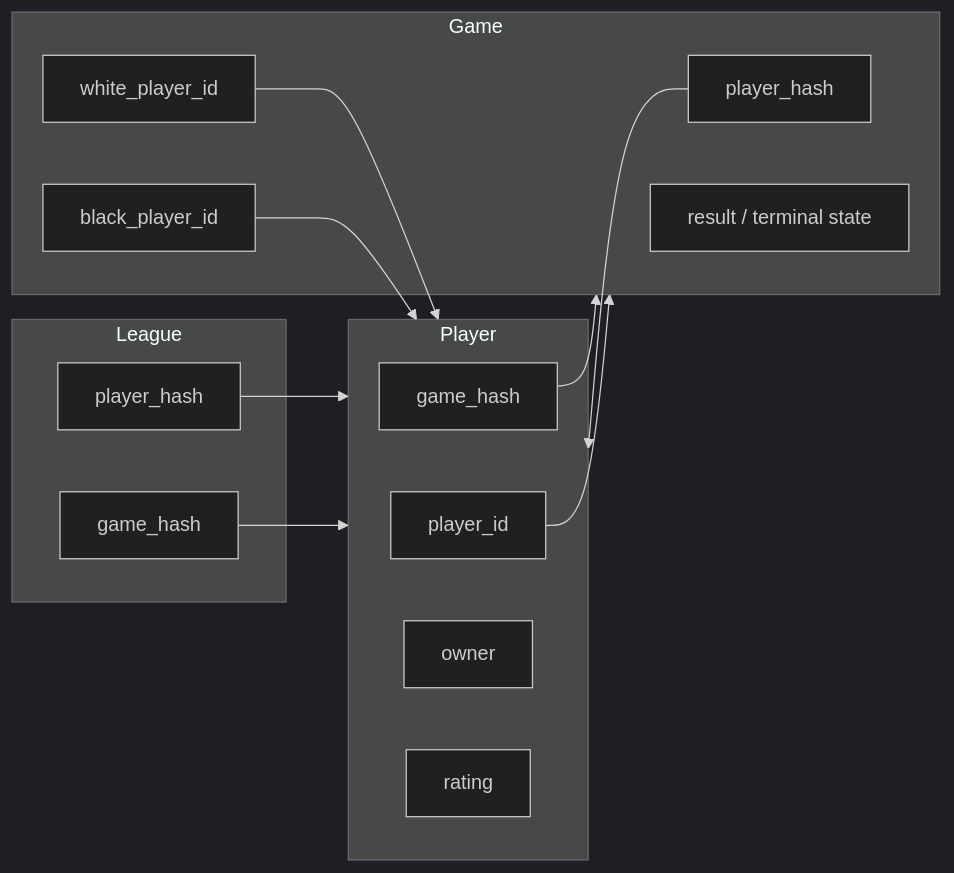
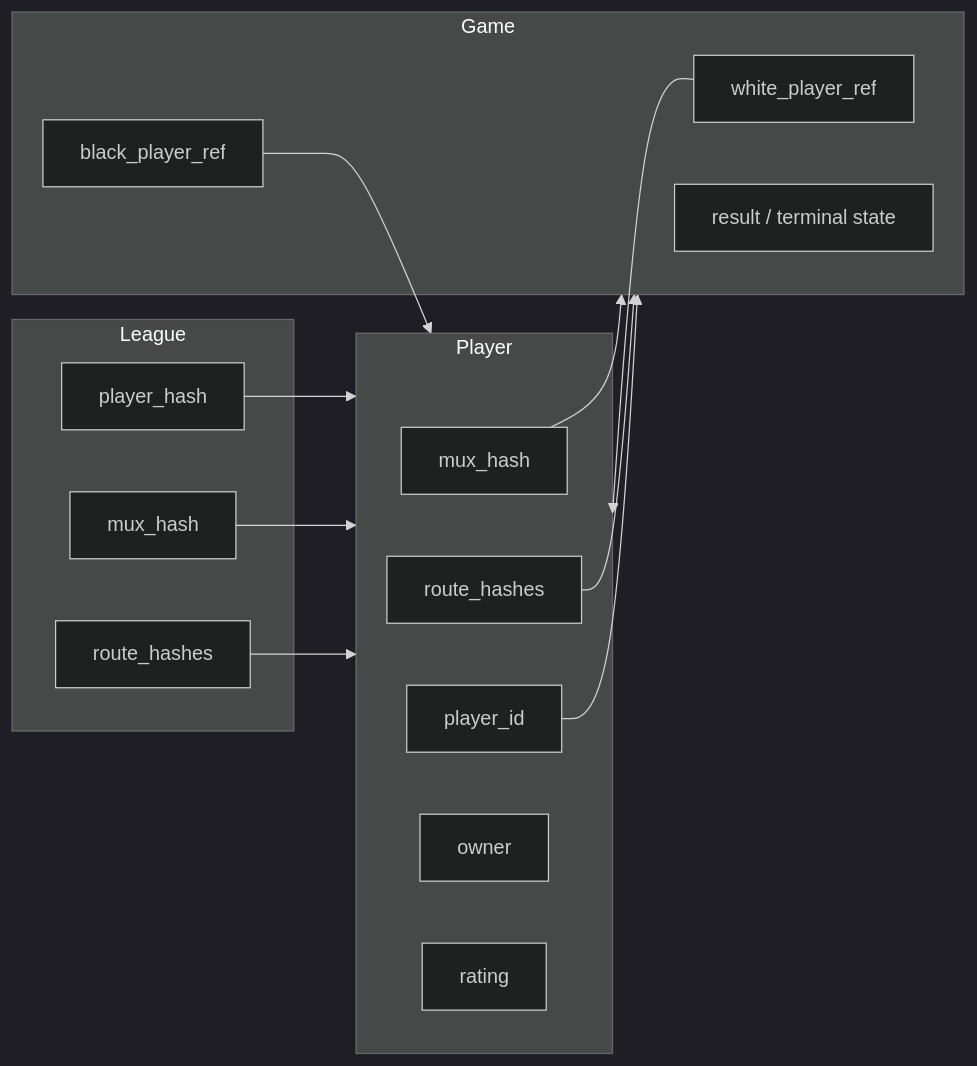
The second of 2 diagrams in examples/chess/book/src/dependencies.md (michaelsutton/silverscript), drawn with Mermaid (dark theme) before and after one commit. The commit also changed other lines of this file and 4 other files, not shown here.

Commit message:
add player-led game start flow

````diff
--- a/examples/chess/book/src/dependencies.md
+++ b/examples/chess/book/src/dependencies.md
@@ -27,31 +28,33 @@
 ```mermaid
 flowchart LR
     subgraph League
         LH[player_hash]
-        LG[game_hash]
+        LM[mux_hash]
+        LR[route_hashes]
     end
 
     subgraph Player
-        PG[game_hash]
+        PM[mux_hash]
+        PX[route_hashes]
         PP[player_id]
         PO[owner]
         PR[rating]
     end
 
     subgraph Game
-        GP[player_hash]
-        GW[white_player_id]
-        GB[black_player_id]
+        GW[white_player_ref]
+        GB[black_player_ref]
         GR[result / terminal state]
     end
 
     LH --> Player
-    LG --> Player
+    LM --> Player
+    LR --> Player
 
-    PG --> Game
+    PM --> Game
+    PX --> Game
     PP --> Game
 
-    GP --> Player
     GW --> Player
     GB --> Player
 ```
````
